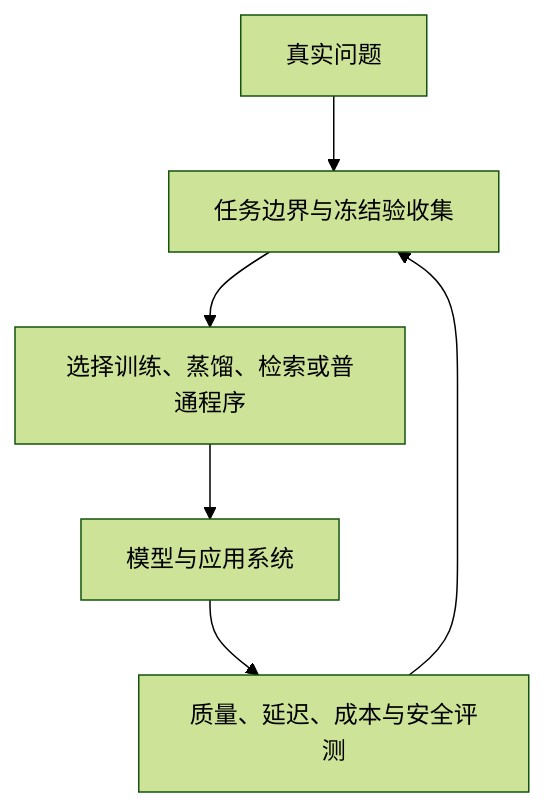
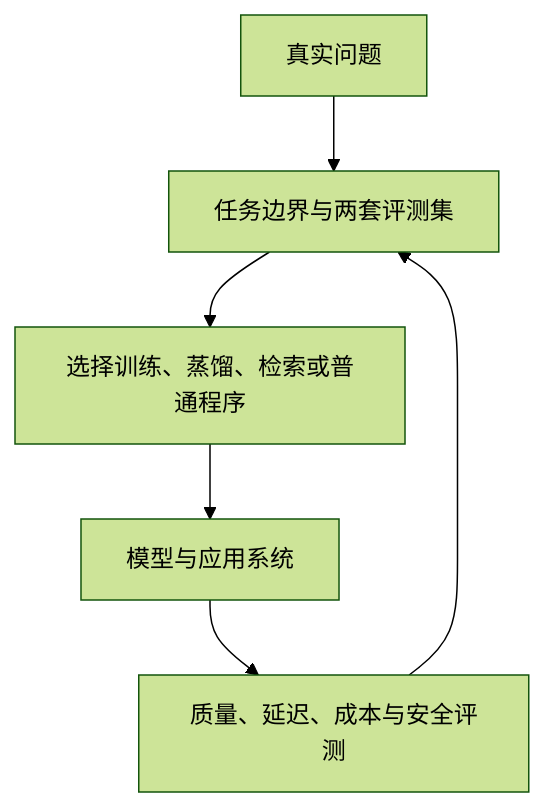
One commit to chengzhang0528/LLMTrain changed the second of 4 diagrams in 00-从这里开始/全局知识图谱.md. Above: the diagram before and after it, drawn with Mermaid (forest theme). The commit also changed other lines of this file and 123 other files, not shown here.

````diff
--- a/00-从这里开始/全局知识图谱.md
+++ b/00-从这里开始/全局知识图谱.md
@@ -32,8 +32,8 @@
 ```mermaid
 flowchart TB
-    A["真实问题"] --> B["任务边界与冻结验收集"]
+    A["真实问题"] --> B["任务边界与两套评测集"]
     B --> C["选择训练、蒸馏、检索或普通程序"]
     C --> D["模型与应用系统"]
     D --> E["质量、延迟、成本与安全评测"]
     E --> B
 ```
````
